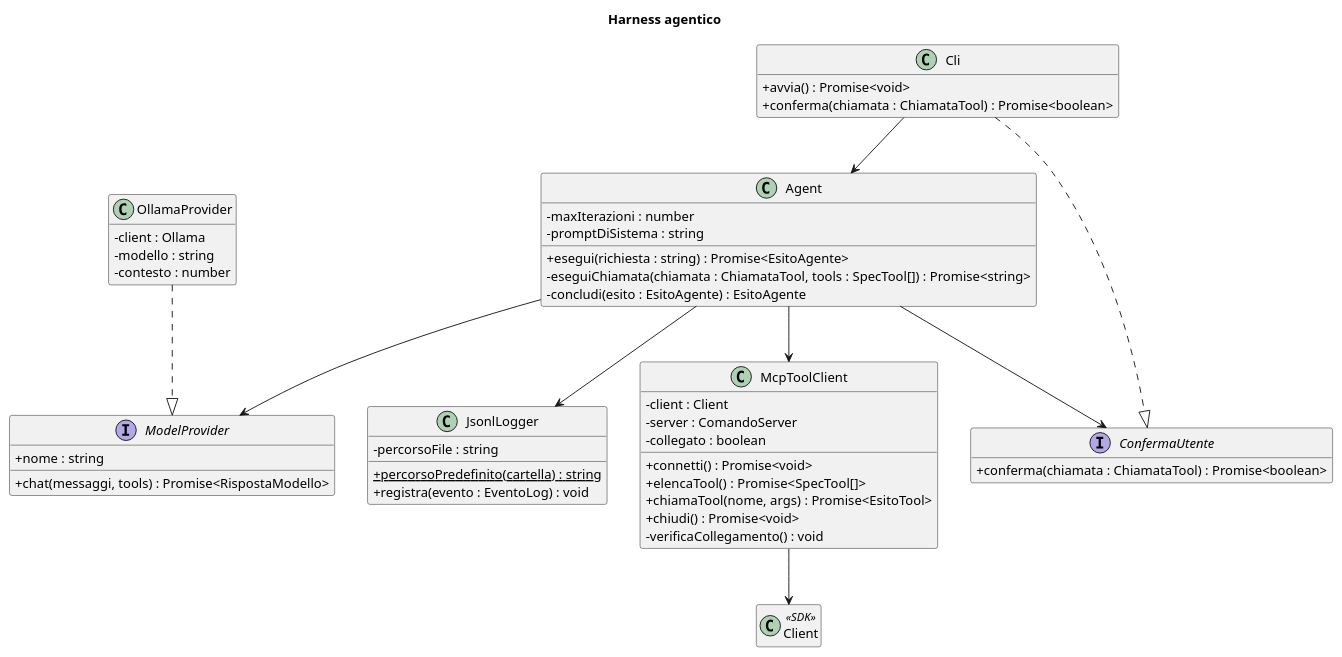
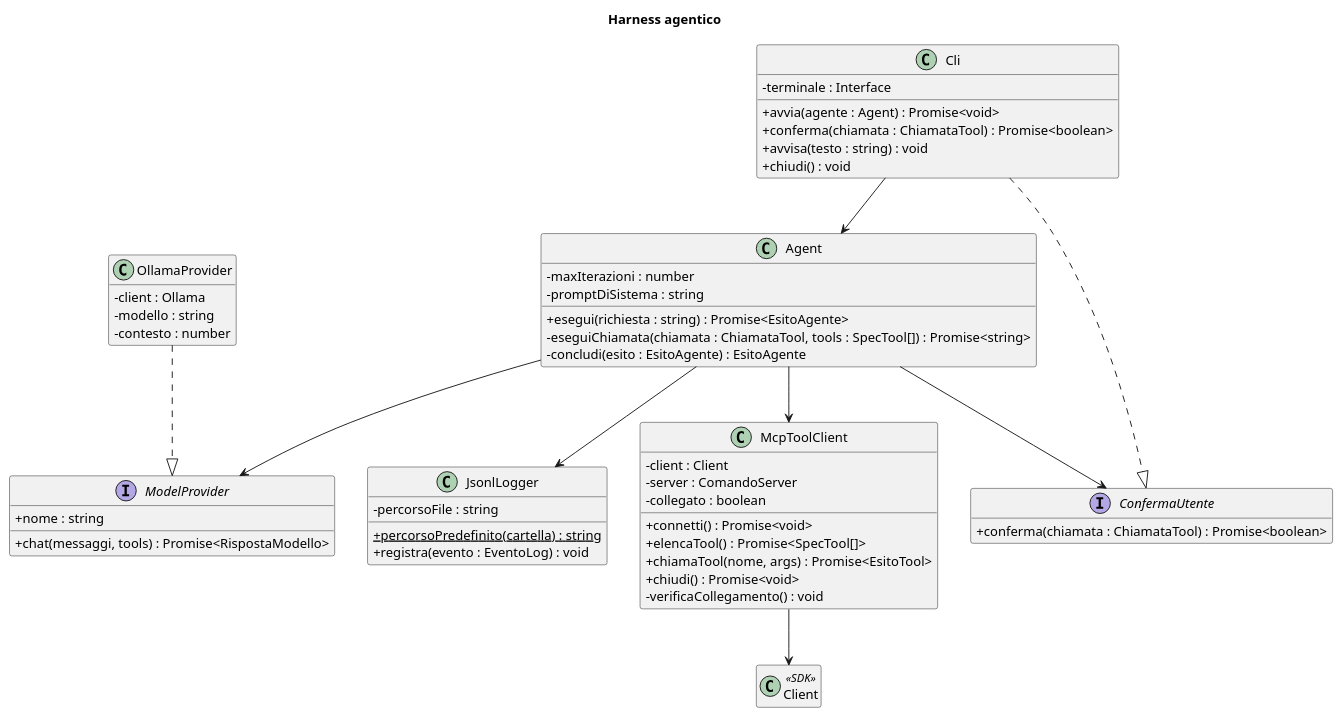
Before and after one commit to LeoDS99/pw26-agente-recall: the diagram in docs/diagrammi/classi-harness.puml, drawn with PlantUML. The commit also changed 1 other file, not shown here.

Commit message:
README con l'agente e diagramma della Cli aggiornato

```diff
--- a/docs/diagrammi/classi-harness.puml
+++ b/docs/diagrammi/classi-harness.puml
@@ -1,61 +1,64 @@
 @startuml classi-harness
 skinparam classAttributeIconSize 0
 hide empty members
 title Harness agentico
 
 class Client <<SDK>>
 
 class Cli {
-  + avvia() : Promise<void>
+  - terminale : Interface
+  + avvia(agente : Agent) : Promise<void>
   + conferma(chiamata : ChiamataTool) : Promise<boolean>
+  + avvisa(testo : string) : void
+  + chiudi() : void
 }
 
 class Agent {
   - maxIterazioni : number
   - promptDiSistema : string
   + esegui(richiesta : string) : Promise<EsitoAgente>
   - eseguiChiamata(chiamata : ChiamataTool, tools : SpecTool[]) : Promise<string>
   - concludi(esito : EsitoAgente) : EsitoAgente
 }
 
 interface ModelProvider {
   + nome : string
   + chat(messaggi, tools) : Promise<RispostaModello>
 }
 
 class OllamaProvider {
   - client : Ollama
   - modello : string
   - contesto : number
 }
 
 interface ConfermaUtente {
   + conferma(chiamata : ChiamataTool) : Promise<boolean>
 }
 
 class McpToolClient {
   - client : Client
   - server : ComandoServer
   - collegato : boolean
   + connetti() : Promise<void>
   + elencaTool() : Promise<SpecTool[]>
   + chiamaTool(nome, args) : Promise<EsitoTool>
   + chiudi() : Promise<void>
   - verificaCollegamento() : void
 }
 
 class JsonlLogger {
   - percorsoFile : string
   + {static} percorsoPredefinito(cartella) : string
   + registra(evento : EventoLog) : void
 }
 
 Cli --> Agent
 Cli ..|> ConfermaUtente
 Agent --> ModelProvider
 Agent --> McpToolClient
 Agent --> ConfermaUtente
 Agent --> JsonlLogger
 OllamaProvider ..|> ModelProvider
 McpToolClient --> Client
 @enduml
```
